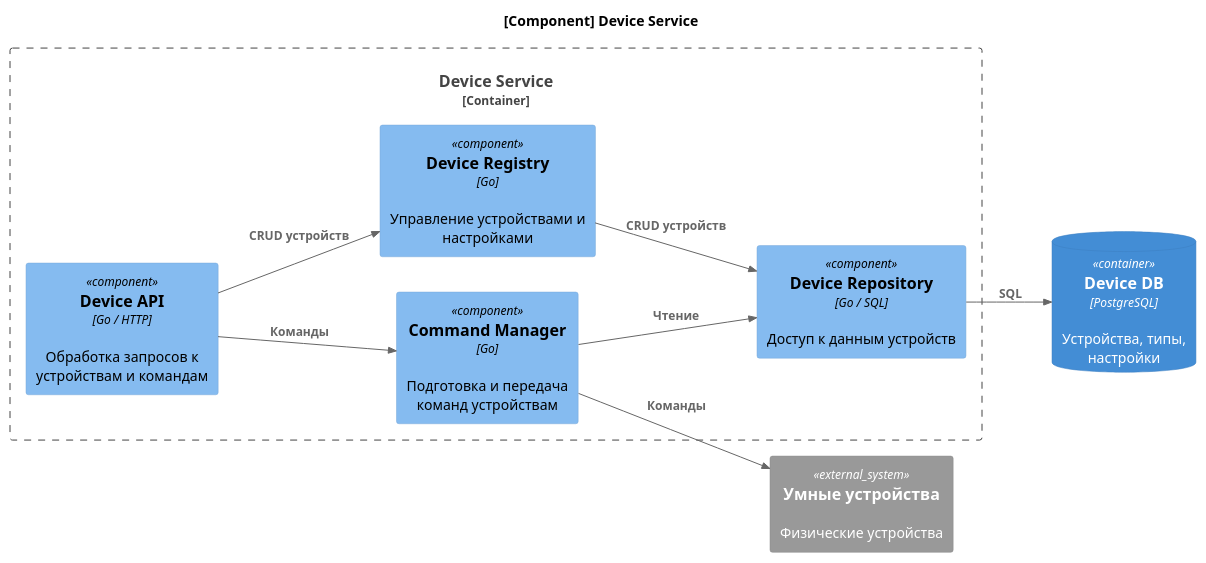
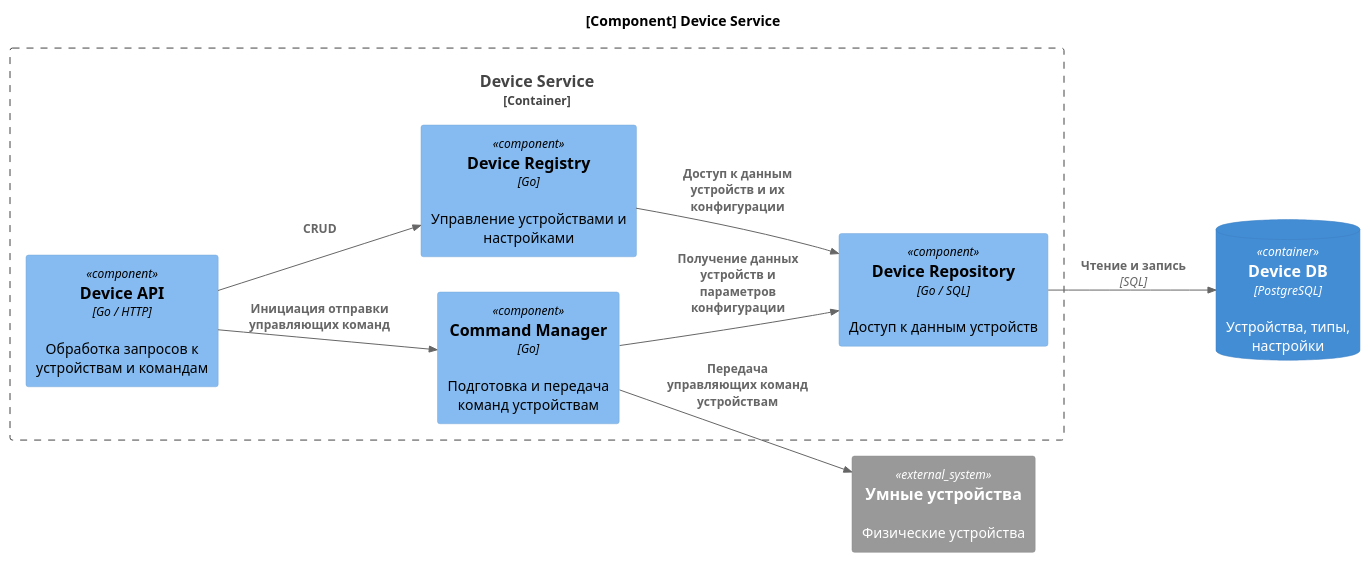
One commit to mashkust/architecture-warmhouse changed the diagram in docs/DeviceComponent.md. Above: the diagram before and after it, drawn with PlantUML. The commit also changed 6 other files, not shown here.

````diff
--- a/docs/DeviceComponent.md
+++ b/docs/DeviceComponent.md
@@ -1,30 +1,30 @@
 ```puml
 @startuml
 !include https://raw.githubusercontent.com/plantuml-stdlib/C4-PlantUML/master/C4_Component.puml
 
 LAYOUT_LEFT_RIGHT()
 
 title [Component] Device Service
 
 Container_Boundary(device_service, "Device Service") {
     Component(device_api, "Device API", "Go / HTTP", "Обработка запросов к устройствам и командам")
     Component(device_registry, "Device Registry", "Go", "Управление устройствами и настройками")
     Component(command_manager, "Command Manager", "Go", "Подготовка и передача команд устройствам")
     Component(device_repository, "Device Repository", "Go / SQL", "Доступ к данным устройств")
 }
 
 ContainerDb(device_db, "Device DB", "PostgreSQL", "Устройства, типы, настройки")
 System_Ext(devices, "Умные устройства", "Физические устройства")
 
-Rel(device_api, device_registry, "CRUD устройств")
-Rel(device_api, command_manager, "Команды")
+Rel(device_api, device_registry, "CRUD")
+Rel(device_api, command_manager, "Инициация отправки управляющих команд")
 
-Rel(device_registry, device_repository, "CRUD устройств")
-Rel(command_manager, device_repository, "Чтение")
+Rel(device_registry, device_repository, "Доступ к данным устройств и их конфигурации")
+Rel(command_manager, device_repository, "Получение данных устройств и параметров конфигурации")
 
-Rel(command_manager, devices, "Команды")
-Rel(device_repository, device_db, "SQL")
+Rel(command_manager, devices, "Передача управляющих команд устройствам")
+Rel(device_repository, device_db, "Чтение и запись", "SQL")
 
 @enduml
 
 ```
````
